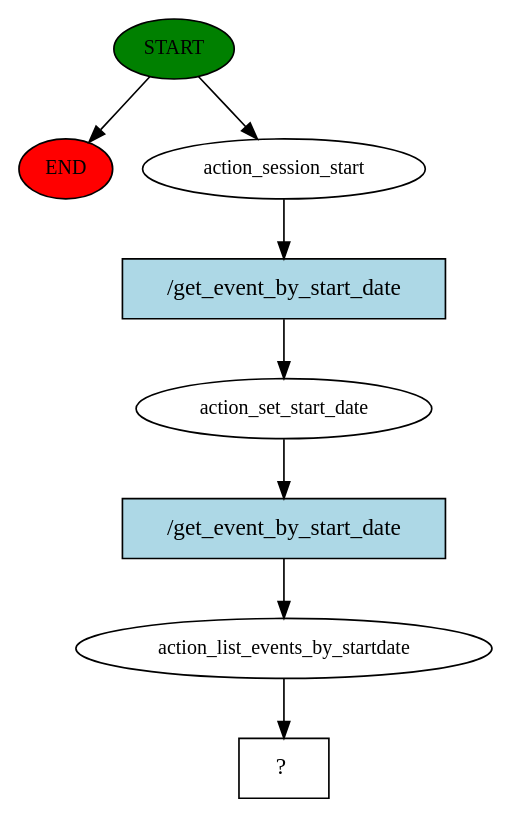
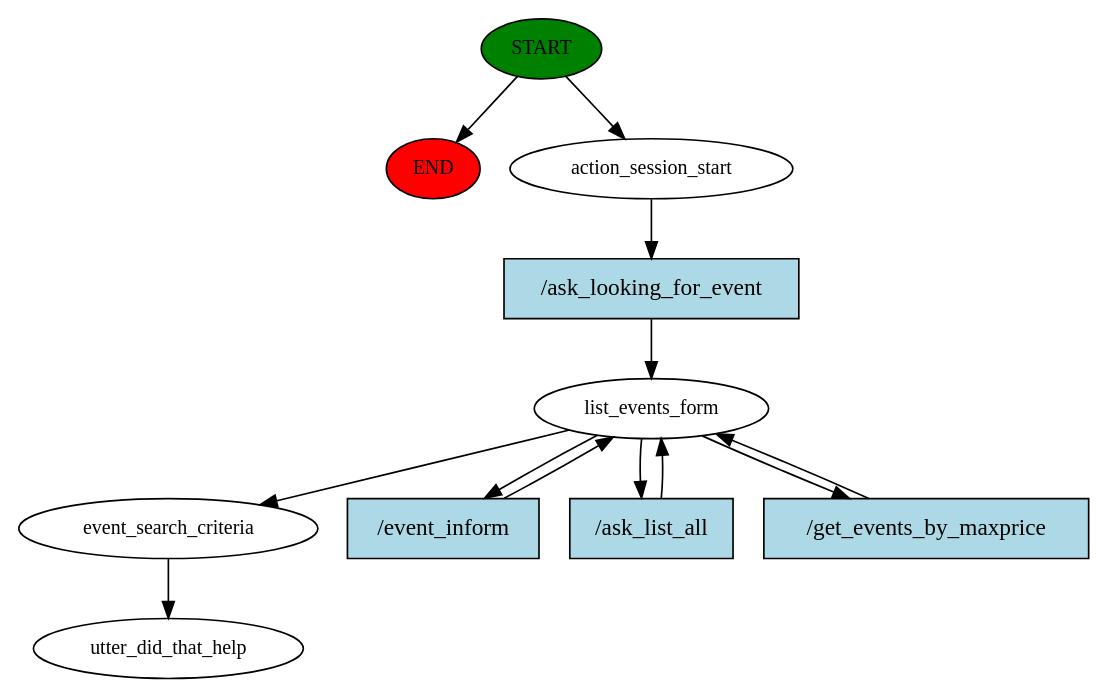
Before and after one commit to EhteshamBahoo/Tic8M8_Bot: the diagram in story_graph.dot, drawn with Graphviz. The commit also changed 10 other files, not shown here.

```diff
--- a/story_graph.dot
+++ b/story_graph.dot
@@ -1,17 +1,24 @@
 digraph  {
 0 [class="start active", fillcolor=green, fontsize=12, label=START, style=filled];
 "-1" [class=end, fillcolor=red, fontsize=12, label=END, style=filled];
 1 [class=active, fontsize=12, label=action_session_start];
-2 [class=active, fontsize=12, label=action_set_start_date];
-3 [class=active, fontsize=12, label=action_list_events_by_startdate];
-4 [class="intent dashed active", label="  ?  ", shape=rect];
-5 [class="intent active", fillcolor=lightblue, label="/get_event_by_start_date", shape=rect, style=filled];
-6 [class="intent active", fillcolor=lightblue, label="/get_event_by_start_date", shape=rect, style=filled];
+2 [class=active, fontsize=12, label=list_events_form];
+6 [class=active, fontsize=12, label=event_search_criteria];
+7 [class="dashed active", fontsize=12, label=utter_did_that_help];
+8 [class="intent active", fillcolor=lightblue, label="/ask_looking_for_event", shape=rect, style=filled];
+9 [class="intent active", fillcolor=lightblue, label="/event_inform", shape=rect, style=filled];
+10 [class="intent active", fillcolor=lightblue, label="/ask_list_all", shape=rect, style=filled];
+11 [class="intent active", fillcolor=lightblue, label="/get_events_by_maxprice", shape=rect, style=filled];
 0 -> "-1"  [class="", key=NONE, label=""];
 0 -> 1  [class=active, key=NONE, label=""];
-1 -> 5  [class=active, key=0];
-2 -> 6  [class=active, key=0];
-3 -> 4  [class=active, key=NONE, label=""];
-5 -> 2  [class=active, key=0];
-6 -> 3  [class=active, key=0];
+1 -> 8  [class=active, key=0];
+2 -> 6  [class=active, key=NONE, label=""];
+2 -> 9  [class=active, key=0];
+2 -> 10  [class=active, key=0];
+2 -> 11  [class=active, key=0];
+6 -> 7  [class=active, key=NONE, label=""];
+8 -> 2  [class=active, key=0];
+9 -> 2  [class=active, key=0];
+10 -> 2  [class=active, key=0];
+11 -> 2  [class=active, key=0];
 }
```
